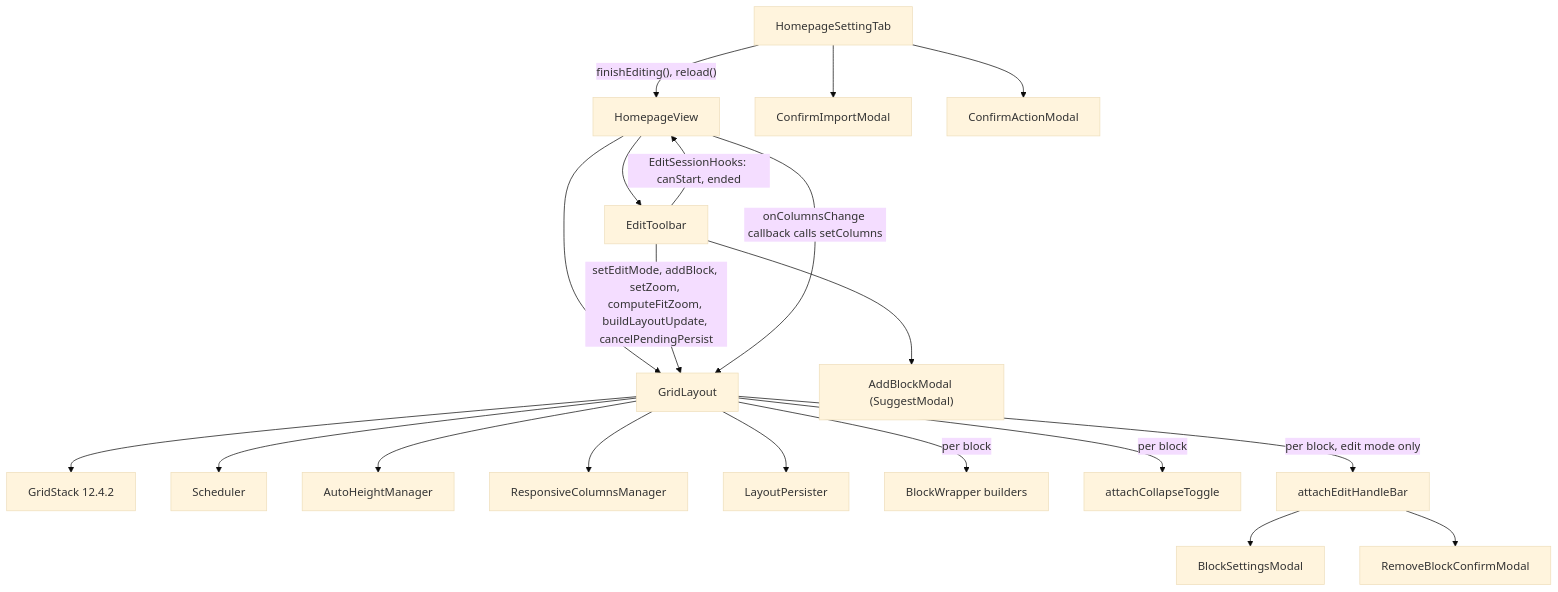
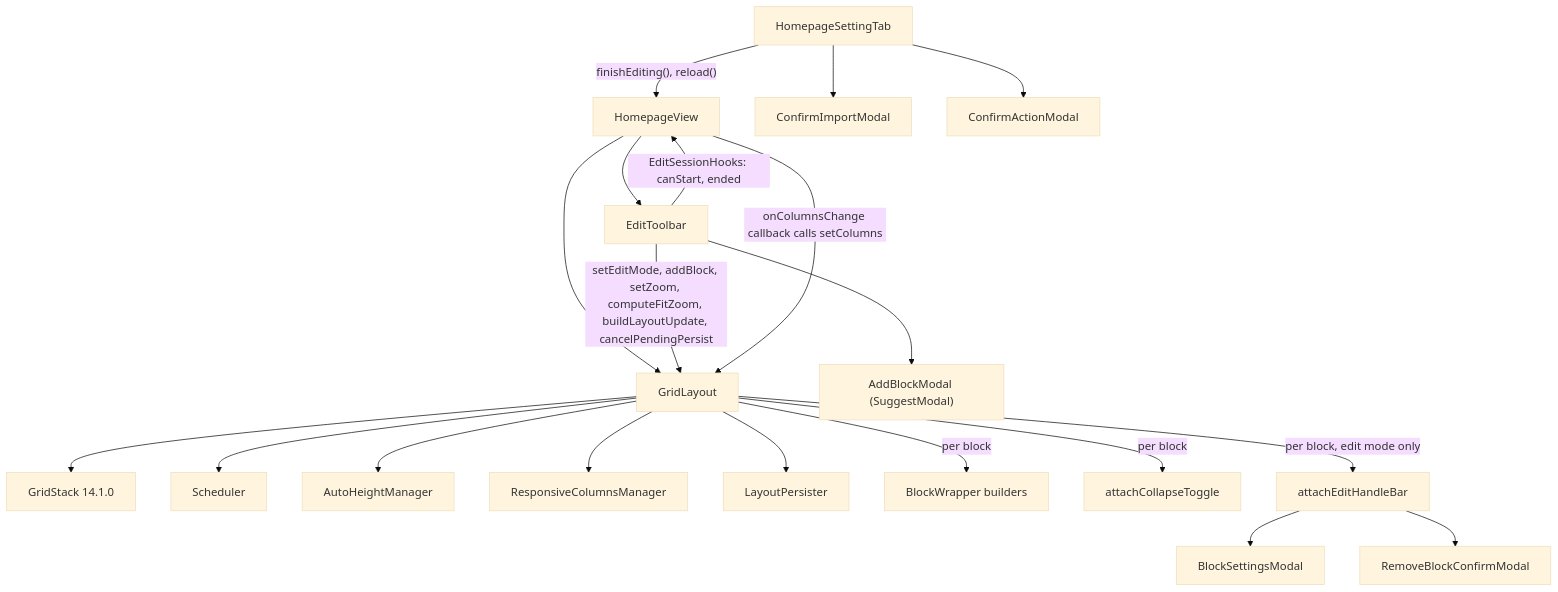
One commit to acaprino/obsidian-plugin-homepage changed the first of 4 diagrams in docs/api/grid.md. Above: the diagram before and after it, drawn with Mermaid (base theme). The commit also changed other lines of this file and 10 other files, not shown here.

Commit message:
chore: upgrade gridstack to 14.1.0 -- mode option replaces float, a grid-less init is handled, GridStack's own DOM sort is off so iframes do not reload without moveBefore, bundled CSS updated

````diff
--- a/docs/api/grid.md
+++ b/docs/api/grid.md
@@ -73,22 +73,22 @@
 ```mermaid
 flowchart TD
   HV["HomepageView"] --> GL["GridLayout"]
   HV --> ET["EditToolbar"]
   ET -->|"setEditMode, addBlock, setZoom, computeFitZoom, buildLayoutUpdate, cancelPendingPersist"| GL
   HV -->|"onColumnsChange callback calls setColumns"| GL
   ET --> ABM["AddBlockModal (SuggestModal)"]
-  GL --> GS["GridStack 12.4.2"]
+  GL --> GS["GridStack 14.1.0"]
   GL --> SCH["Scheduler"]
   GL --> AH["AutoHeightManager"]
   GL --> RC["ResponsiveColumnsManager"]
   GL --> LP["LayoutPersister"]
   GL -->|"per block"| BW["BlockWrapper builders"]
   GL -->|"per block"| CT["attachCollapseToggle"]
   GL -->|"per block, edit mode only"| EHB["attachEditHandleBar"]
   EHB --> BSM["BlockSettingsModal"]
   EHB --> RBC["RemoveBlockConfirmModal"]
   ST["HomepageSettingTab"] --> CIM["ConfirmImportModal"]
   ST --> CAM["ConfirmActionModal"]
   ST -->|"finishEditing(), reload()"| HV
   ET -->|"EditSessionHooks: canStart, ended"| HV
 ```
````
